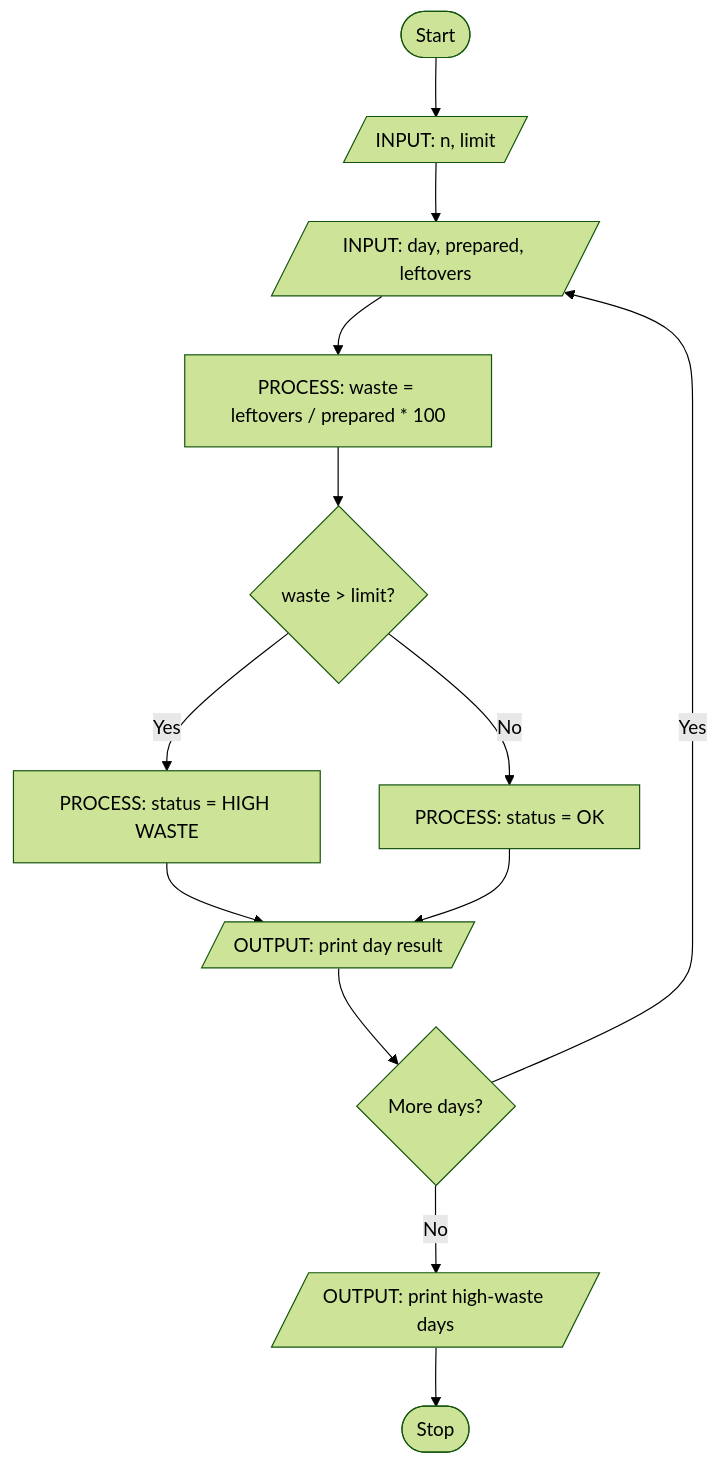
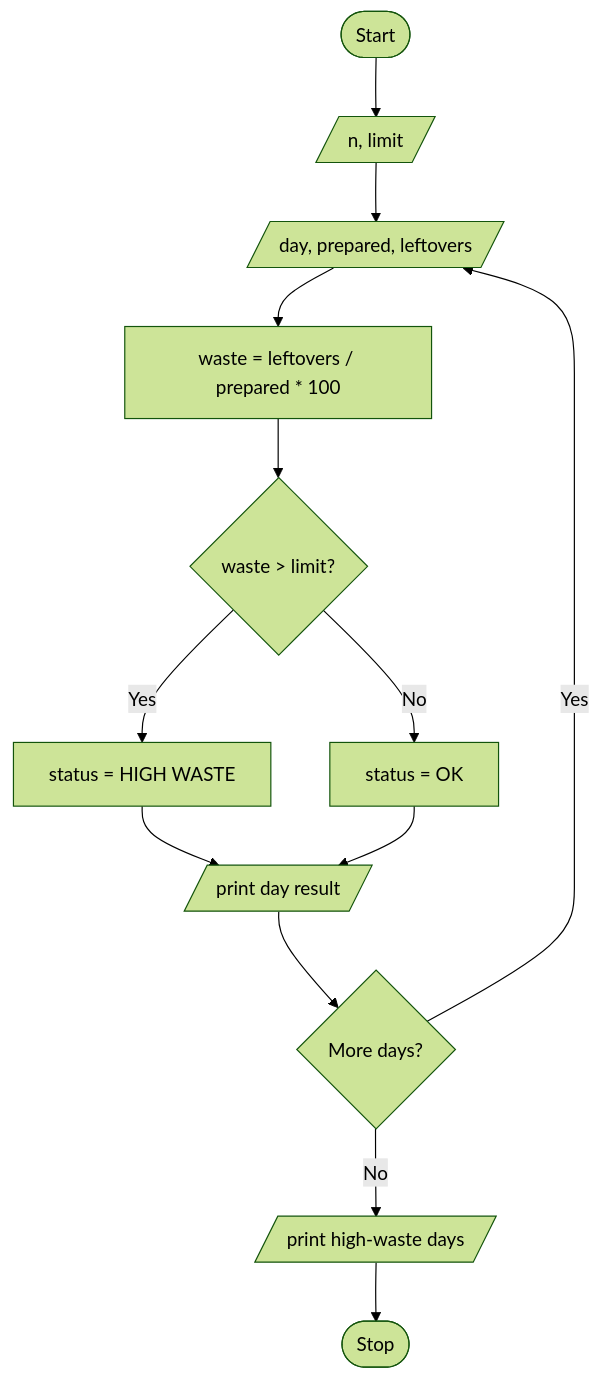
Before and after one commit to asvnphanindra/2026-27_PythonProgrammingCourse: the diagram in ActivityBasedLearning-1/Case53-FoodWasteMonitoring/food_waste_monitoring.md, drawn with Mermaid (forest theme).

Commit message:
Simplify Case 53 flowchart labels by removing IPO prefixes.

````diff
--- a/ActivityBasedLearning-1/Case53-FoodWasteMonitoring/food_waste_monitoring.md
+++ b/ActivityBasedLearning-1/Case53-FoodWasteMonitoring/food_waste_monitoring.md
@@ -94,27 +94,27 @@
 ```mermaid
 flowchart TD
     A([Start])
-    B[/INPUT: n, limit/]
-    C[/INPUT: day, prepared, leftovers/]
-    D[PROCESS: waste = leftovers / prepared * 100]
+    B[/n, limit/]
+    C[/day, prepared, leftovers/]
+    D[waste = leftovers / prepared * 100]
     E{waste > limit?}
-    F[PROCESS: status = HIGH WASTE]
-    G[PROCESS: status = OK]
-    H[/OUTPUT: print day result/]
+    F[status = HIGH WASTE]
+    G[status = OK]
+    H[/print day result/]
     I{More days?}
-    J[/OUTPUT: print high-waste days/]
+    J[/print high-waste days/]
     K([Stop])
 
     A --> B
     B --> C
     C --> D
     D --> E
     E -->|Yes| F
     E -->|No| G
     F --> H
     G --> H
     H --> I
     I -->|Yes| C
     I -->|No| J
     J --> K
 ```
````
